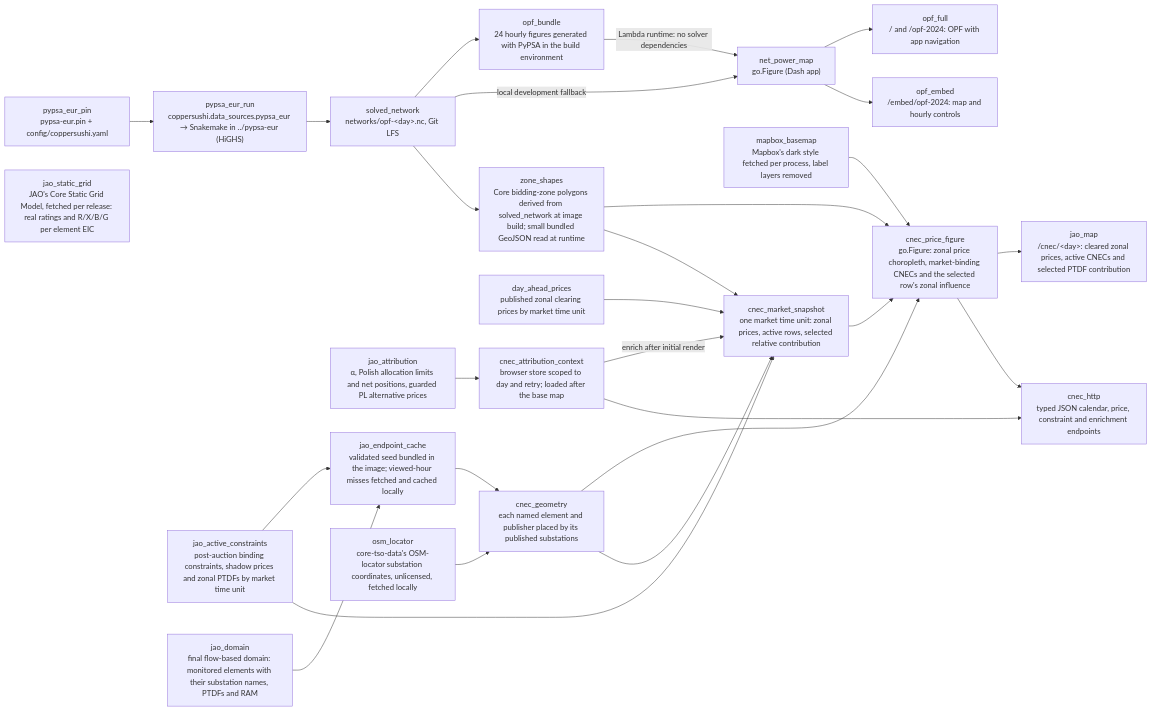
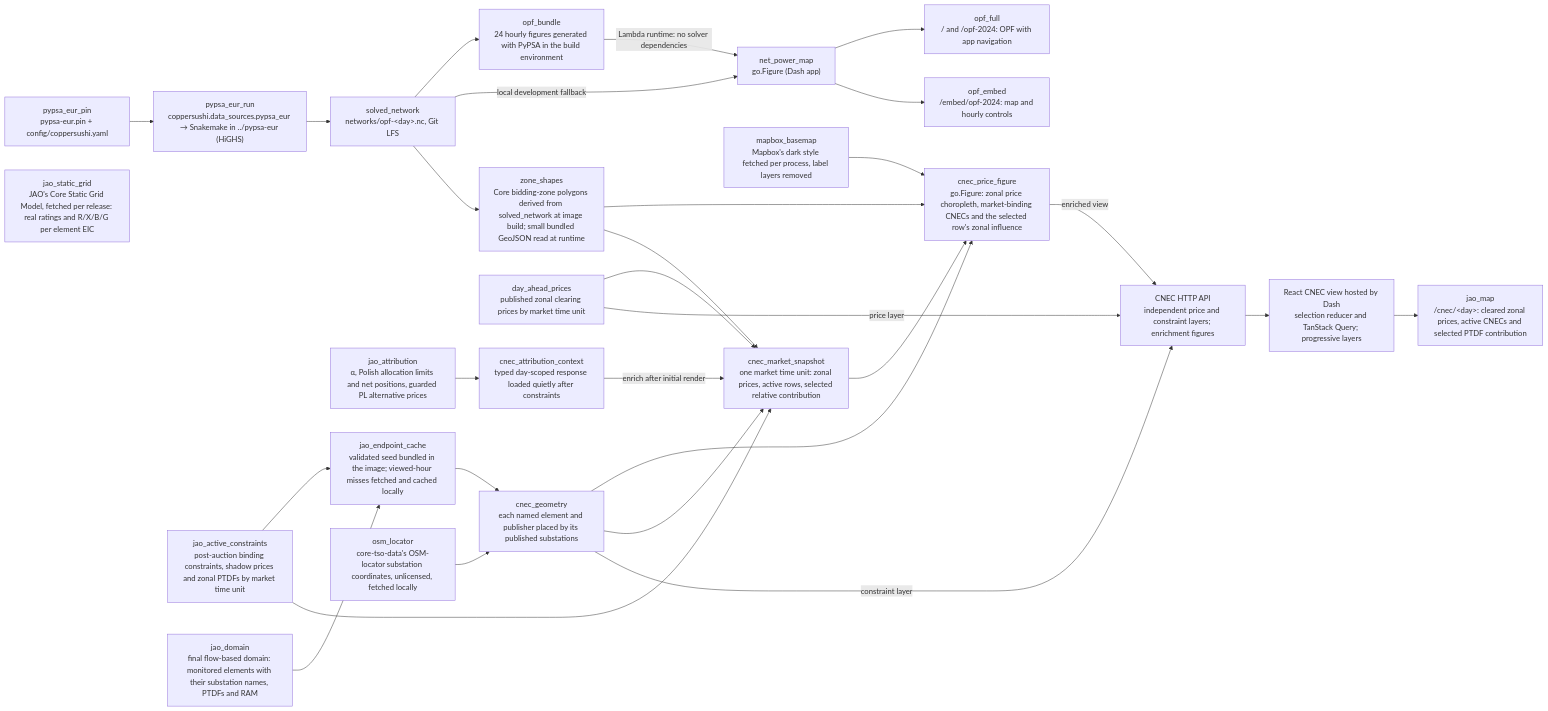
One commit to zoltanmaric/coppersushi changed the diagram in wiki/sushi-2.md. Above: the diagram before and after it, drawn with Mermaid. The commit also changed other lines of this file and 27 other files, not shown here.

Commit message:
Replace CNEC Dash coordination with a progressive React view

````diff
--- a/wiki/sushi-2.md
+++ b/wiki/sushi-2.md
@@ -17,56 +17,59 @@
 ```mermaid
 flowchart LR
     classDef planned stroke-dasharray: 5 5,stroke:#888,fill:none
 
     net_power_map["net_power_map<br/>go.Figure (Dash app)"]
 
     pypsa_eur_pin["pypsa_eur_pin<br/>pypsa-eur.pin + config/coppersushi.yaml"]
     pypsa_eur_run["pypsa_eur_run<br/>coppersushi.data_sources.pypsa_eur → Snakemake in ../pypsa-eur (HiGHS)"]
     solved_network["solved_network<br/>networks/opf-&lt;day&gt;.nc, Git LFS"]
     jao_active_constraints["jao_active_constraints<br/>post-auction binding constraints, shadow prices and zonal PTDFs by market time unit"]
     jao_attribution["jao_attribution<br/>α, Polish allocation limits and net positions, guarded PL alternative prices"]
-    cnec_attribution_context["cnec_attribution_context<br/>browser store scoped to day and retry; loaded after the base map"]
+    cnec_attribution_context["cnec_attribution_context<br/>typed day-scoped response loaded quietly after constraints"]
     jao_domain["jao_domain<br/>final flow-based domain: monitored elements with their substation names, PTDFs and RAM"]
     jao_endpoint_cache["jao_endpoint_cache<br/>validated seed bundled in the image; viewed-hour misses fetched and cached locally"]
     osm_locator["osm_locator<br/>core-tso-data's OSM-locator substation coordinates, unlicensed, fetched locally"]
     cnec_geometry["cnec_geometry<br/>each named element and publisher placed by its published substations"]
     zone_shapes["zone_shapes<br/>Core bidding-zone polygons derived from solved_network at image build; small bundled GeoJSON read at runtime"]
     mapbox_basemap["mapbox_basemap<br/>Mapbox's dark style fetched per process, label layers removed"]
 
     jao_static_grid["jao_static_grid<br/>JAO's Core Static Grid Model, fetched per release: real ratings and R/X/B/G per element EIC"]
 
     day_ahead_prices["day_ahead_prices<br/>published zonal clearing prices by market time unit"]
     cnec_market_snapshot["cnec_market_snapshot<br/>one market time unit: zonal prices, active rows, selected relative contribution"]
     cnec_price_figure["cnec_price_figure<br/>go.Figure: zonal price choropleth, market-binding CNECs and the selected row's zonal influence"]
     jao_map["jao_map<br/>/cnec/&lt;day&gt;: cleared zonal prices, active CNECs and selected PTDF contribution"]
 
     pypsa_eur_pin --> pypsa_eur_run
     pypsa_eur_run --> solved_network
     opf_full["opf_full<br/>/ and /opf-2024: OPF with app navigation"]
     opf_embed["opf_embed<br/>/embed/opf-2024: map and hourly controls"]
     net_power_map --> opf_full
     net_power_map --> opf_embed
     opf_bundle["opf_bundle<br/>24 hourly figures generated with PyPSA in the build environment"]
     solved_network --> opf_bundle
     opf_bundle -->|Lambda runtime: no solver dependencies| net_power_map
     solved_network -->|local development fallback| net_power_map
     solved_network --> zone_shapes
     zone_shapes --> cnec_price_figure
     jao_domain --> jao_endpoint_cache
     jao_active_constraints --> jao_endpoint_cache
     jao_endpoint_cache --> cnec_geometry
     osm_locator --> cnec_geometry
     cnec_geometry --> cnec_price_figure
     mapbox_basemap --> cnec_price_figure
     jao_attribution --> cnec_attribution_context
     cnec_attribution_context -->|enrich after initial render| cnec_market_snapshot
     cnec_geometry --> cnec_market_snapshot
     zone_shapes --> cnec_market_snapshot
     jao_active_constraints --> cnec_market_snapshot
     day_ahead_prices --> cnec_market_snapshot
     cnec_market_snapshot --> cnec_price_figure
-    cnec_price_figure --> jao_map
-    cnec_http["cnec_http<br/>typed JSON calendar, price, constraint and enrichment endpoints"]
-    cnec_price_figure --> cnec_http
-    cnec_attribution_context --> cnec_http
+    cnec_http["CNEC HTTP API<br/>independent price and constraint layers; enrichment figures"]
+    react_cnec["React CNEC view hosted by Dash<br/>selection reducer and TanStack Query; progressive layers"]
+    day_ahead_prices -->|price layer| cnec_http
+    cnec_geometry -->|constraint layer| cnec_http
+    cnec_price_figure -->|enriched view| cnec_http
+    cnec_http --> react_cnec
+    react_cnec --> jao_map
 ```
````
